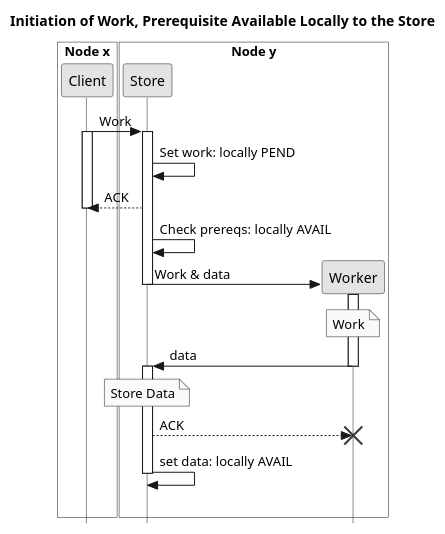
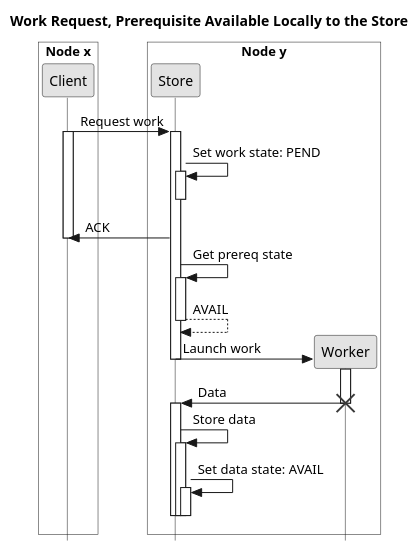
The diagram in img/comm-la.puml (jcai849/phd), drawn with PlantUML before and after one commit. The commit also changed 2 other files, not shown here.

```diff
--- a/img/comm-la.puml
+++ b/img/comm-la.puml
@@ -1,38 +1,33 @@
 @startuml
 skinparam monochrome true
 skinparam shadowing false
 skinparam style strictuml
 skinparam LifelineStrategy nosolid
-title Initiation of Work, Prerequisite Available Locally to the Store
+title Work Request, Prerequisite Available Locally to the Store
 
 box "Node x" #ffffff
 participant Client as client
 end box
 box "Node y" #ffffff
 participant Store as store
 participant Worker as worker
 end box
 
-client -> store ++: Work
+client -> store ++: Request work
 activate client
-store -> store: Set work: locally PEND
-store --> client: ACK
+store -> store ++--: Set work state: PEND
+store -> client: ACK
 deactivate client
-store -> store: Check prereqs: locally AVAIL
-store -> worker **: Work & data
+store -> store ++: Get prereq state
+return AVAIL
+store -> worker **: Launch work
+deactivate store
 activate worker
+worker -> store: Data
+destroy worker
+activate store
+store -> store ++: Store data
+store -> store ++--: Set data state: AVAIL
 deactivate store
-note over worker
-Work
-end note
-worker -> store: data
-deactivate worker
-activate store
-note over store
-Store Data
-end note
-store --> worker !!: ACK
-store -> store: set data: locally AVAIL
 deactivate store
-|||
 @enduml
```
